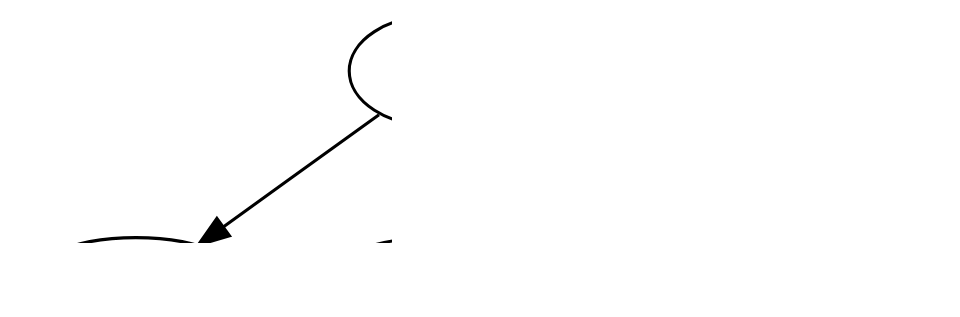
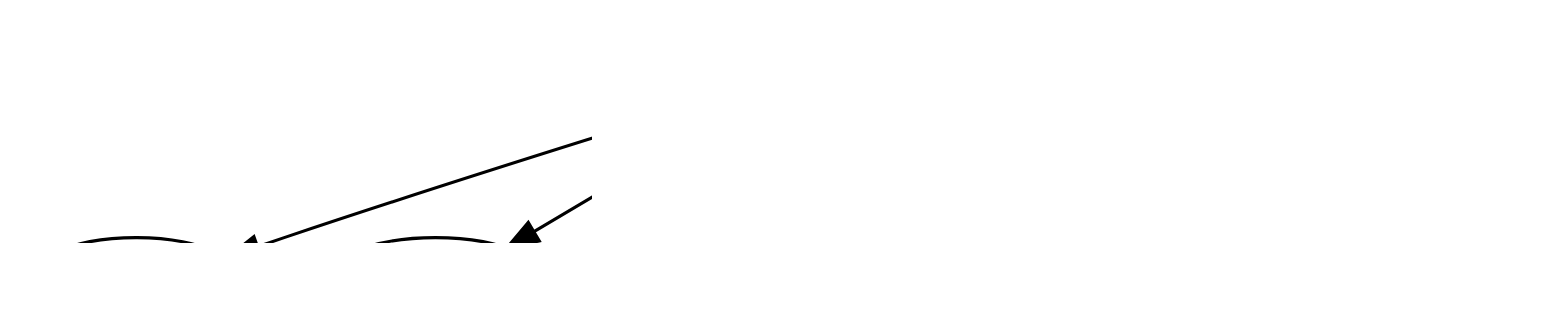
Before and after one commit to Serapieum-of-alex/pyramids: the diagram in docs/index.rst, drawn with Graphviz. The commit also changed other lines of this file, not shown here.

```diff
--- a/docs/index.rst
+++ b/docs/index.rst
@@ -78,6 +73,8 @@
 .. digraph:: Linking
 
-    GIS -> raster;
-    GIS -> vector;
-    GIS -> giscatchment;
+    pyramids -> raster;
+    pyramids -> vector;
+    pyramids -> catchment;
+    pyramids -> netcdf;
+    pyramids -> convert;
     dpi=200;
```
